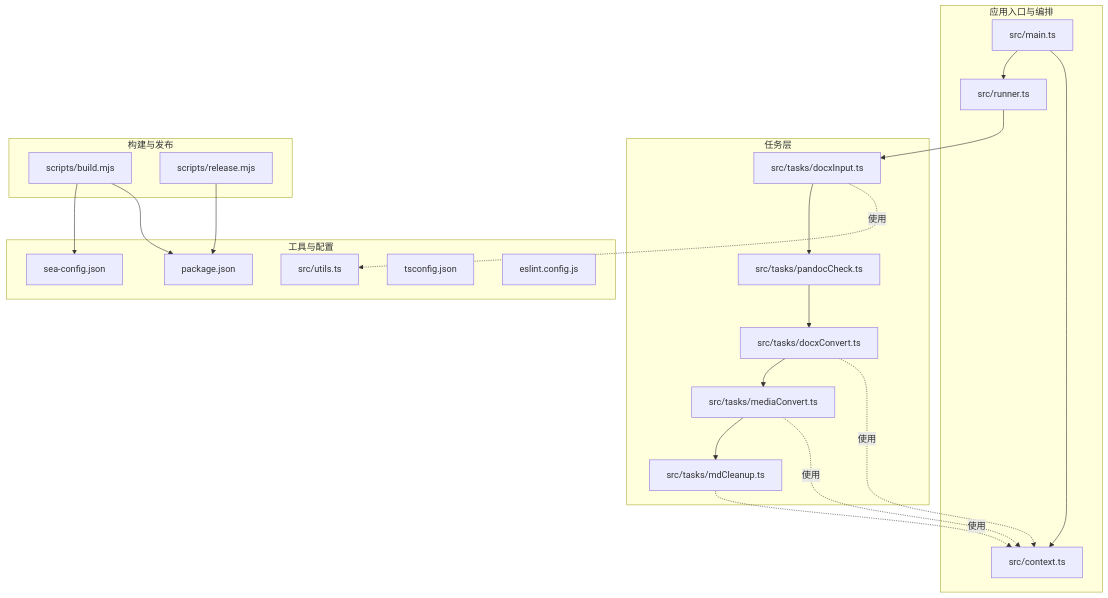
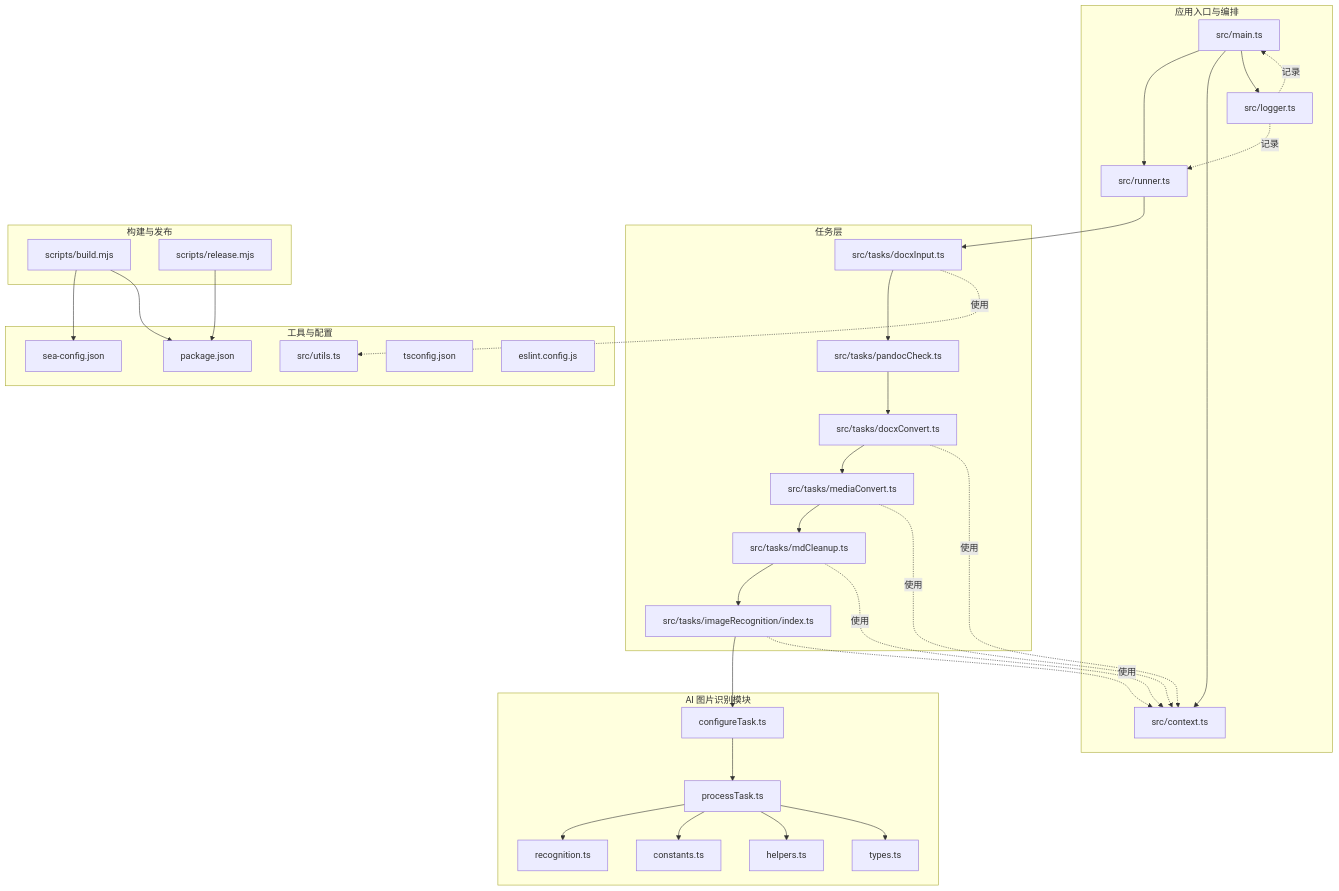
Before and after one commit to hllshiro/doc2md-cli: the first of 12 diagrams in .qoder/repowiki/zh/content/核心架构设计/核心架构设计.md, drawn with Mermaid. The commit also changed other lines of this file and 13 other files, not shown here.

````diff
--- a/.qoder/repowiki/zh/content/核心架构设计/核心架构设计.md
+++ b/.qoder/repowiki/zh/content/核心架构设计/核心架构设计.md
@@ -45,36 +65,55 @@
 ```mermaid
 graph TB
 subgraph "应用入口与编排"
 MAIN["src/main.ts"]
 RUNNER["src/runner.ts"]
 CTX["src/context.ts"]
+LOG["src/logger.ts"]
 end
 subgraph "任务层"
 T1["src/tasks/docxInput.ts"]
 T2["src/tasks/pandocCheck.ts"]
 T3["src/tasks/docxConvert.ts"]
 T4["src/tasks/mediaConvert.ts"]
 T5["src/tasks/mdCleanup.ts"]
+T6["src/tasks/imageRecognition/index.ts"]
+end
+subgraph "AI 图片识别模块"
+AI1["configureTask.ts"]
+AI2["processTask.ts"]
+AI3["recognition.ts"]
+AI4["constants.ts"]
+AI5["helpers.ts"]
+AI6["types.ts"]
 end
 subgraph "工具与配置"
 UTIL["src/utils.ts"]
 PKG["package.json"]
 SEA["sea-config.json"]
 TS["tsconfig.json"]
 ESL["eslint.config.js"]
 end
 subgraph "构建与发布"
 BUILD["scripts/build.mjs"]
 REL["scripts/release.mjs"]
 end
 MAIN --> RUNNER
 MAIN --> CTX
-RUNNER --> T1 --> T2 --> T3 --> T4 --> T5
+MAIN --> LOG
+RUNNER --> T1 --> T2 --> T3 --> T4 --> T5 --> T6
+T6 --> AI1 --> AI2
+AI2 --> AI3
+AI2 --> AI4
+AI2 --> AI5
+AI2 --> AI6
 T1 -. 使用 .-> UTIL
 T3 -. 使用 .-> CTX
 T4 -. 使用 .-> CTX
 T5 -. 使用 .-> CTX
+T6 -. 使用 .-> CTX
+LOG -. 记录 .-> MAIN
+LOG -. 记录 .-> RUNNER
 BUILD --> SEA
 BUILD --> PKG
 REL --> PKG
 ```
````
